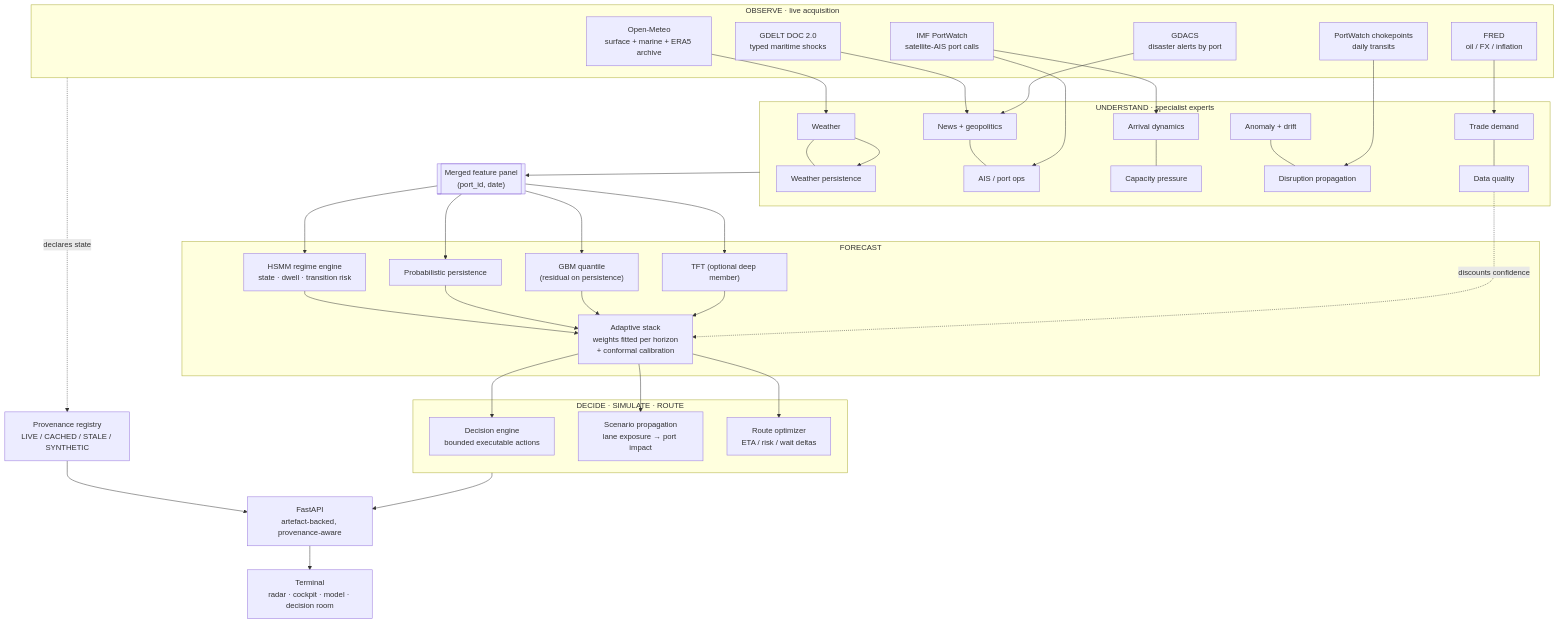
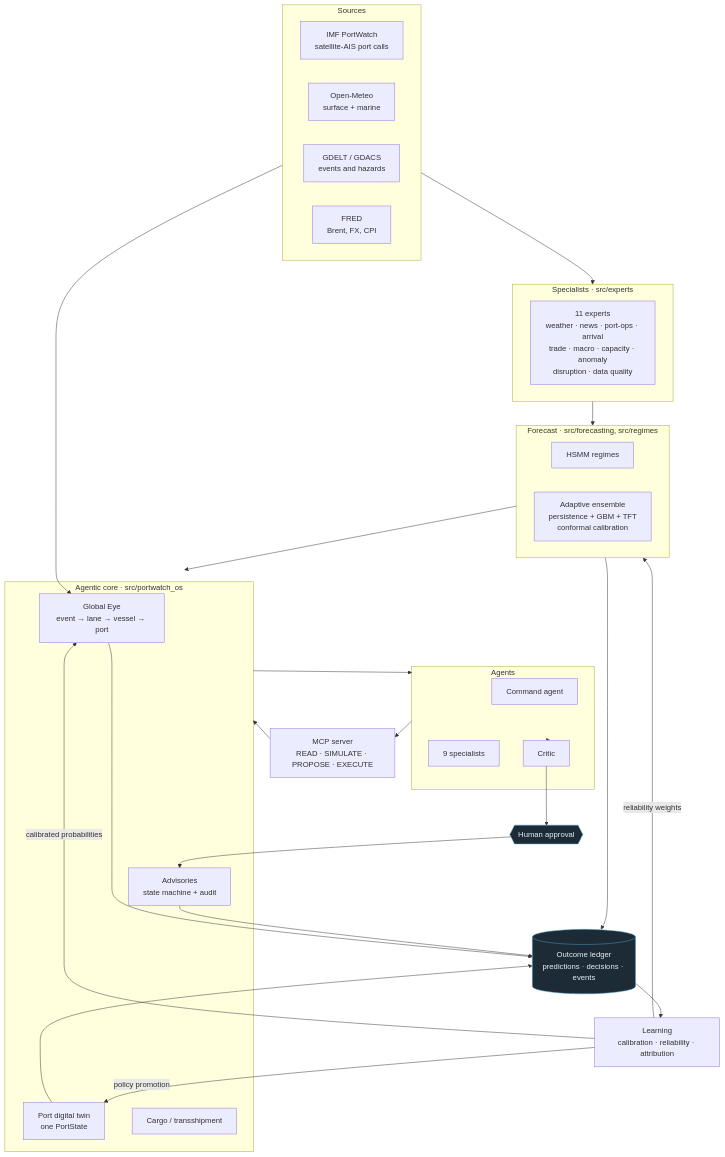
The diagram in README.md (RaghhavMalani/logistics-route-optimization), drawn with Mermaid before and after one commit. The commit also changed other lines of this file and 10 other files, not shown here.

````diff
--- a/README.md
+++ b/README.md
@@ -57,56 +104,55 @@
 ```mermaid
 flowchart TB
-  subgraph OBSERVE["OBSERVE · live acquisition"]
+  subgraph SOURCES["Sources"]
     PW["IMF PortWatch<br/>satellite-AIS port calls"]
-    OM["Open-Meteo<br/>surface + marine + ERA5 archive"]
-    EV["GDELT DOC 2.0<br/>typed maritime shocks"]
-    GD["GDACS<br/>disaster alerts by port"]
-    CP["PortWatch chokepoints<br/>daily transits"]
-    MC["FRED<br/>oil / FX / inflation"]
+    OM["Open-Meteo<br/>surface + marine"]
+    GD["GDELT / GDACS<br/>events and hazards"]
+    FR["FRED<br/>Brent, FX, CPI"]
   end
 
-  subgraph UNDERSTAND["UNDERSTAND · specialist experts"]
-    WX["Weather"] --- WXP["Weather persistence"]
-    NLP["News + geopolitics"] --- AIS["AIS / port ops"]
-    ARR["Arrival dynamics"] --- CAP["Capacity pressure"]
-    ANOM["Anomaly + drift"] --- DISR["Disruption propagation"]
-    DEM["Trade demand"] --- DQ["Data quality"]
+  subgraph SPECIALISTS["Specialists · src/experts"]
+    EX["11 experts<br/>weather · news · port-ops · arrival<br/>trade · macro · capacity · anomaly<br/>disruption · data quality"]
   end
 
-  PANEL[["Merged feature panel<br/>(port_id, date)"]]
-
-  subgraph FORECAST["FORECAST"]
-    HSMM["HSMM regime engine<br/>state · dwell · transition risk"]
-    P["Probabilistic persistence"]
-    GBM["GBM quantile<br/>(residual on persistence)"]
-    TFT["TFT (optional deep member)"]
-    ENS["Adaptive stack<br/>weights fitted per horizon<br/>+ conformal calibration"]
+  subgraph FORECAST["Forecast · src/forecasting, src/regimes"]
+    HS["HSMM regimes"]
+    EN["Adaptive ensemble<br/>persistence + GBM + TFT<br/>conformal calibration"]
   end
 
-  subgraph ACT["DECIDE · SIMULATE · ROUTE"]
-    DEC["Decision engine<br/>bounded executable actions"]
-    SIM["Scenario propagation<br/>lane exposure → port impact"]
-    RTE["Route optimizer<br/>ETA / risk / wait deltas"]
+  subgraph OS["Agentic core · src/portwatch_os"]
+    GE["Global Eye<br/>event → lane → vessel → port"]
+    TW["Port digital twin<br/>one PortState"]
+    CG["Cargo / transshipment"]
+    AD["Advisories<br/>state machine + audit"]
   end
 
-  API["FastAPI<br/>artefact-backed, provenance-aware"]
-  UI["Terminal<br/>radar · cockpit · model · decision room"]
-  PROV["Provenance registry<br/>LIVE / CACHED / STALE / SYNTHETIC"]
+  subgraph AGENTS["Agents"]
+    CMD["Command agent"]
+    SPEC["9 specialists"]
+    CRIT["Critic"]
+  end
 
-  PW --> AIS
-  PW --> ARR
-  OM --> WX --> WXP
-  EV --> NLP
-  GD --> NLP
-  CP --> DISR
-  MC --> DEM
+  MCP["MCP server<br/>READ · SIMULATE · PROPOSE · EXECUTE"]
+  HUMAN{{"Human approval"}}
+  LEDGER[("Outcome ledger<br/>predictions · decisions · events")]
+  LEARN["Learning<br/>calibration · reliability · attribution"]
 
-  UNDERSTAND --> PANEL --> HSMM
-  PANEL --> P & GBM & TFT
-  HSMM --> ENS
-  P & GBM & TFT --> ENS
-  DQ -.discounts confidence.-> ENS
-  ENS --> DEC & SIM & RTE
-  ACT --> API --> UI
-  OBSERVE -.declares state.-> PROV --> API
+  SOURCES --> SPECIALISTS --> FORECAST --> OS
+  SOURCES --> GE
+  OS --> AGENTS
+  AGENTS --> MCP
+  MCP --> OS
+  AGENTS --> CRIT --> HUMAN
+  HUMAN --> AD
+  AD --> LEDGER
+  FORECAST --> LEDGER
+  GE --> LEDGER
+  TW --> LEDGER
+  LEDGER --> LEARN
+  LEARN -->|reliability weights| FORECAST
+  LEARN -->|calibrated probabilities| GE
+  LEARN -->|policy promotion| TW
+
+  classDef honest fill:#1d2b36,stroke:#4c9fcb,color:#e8f1f7
+  class HUMAN,LEDGER honest
 ```
````
